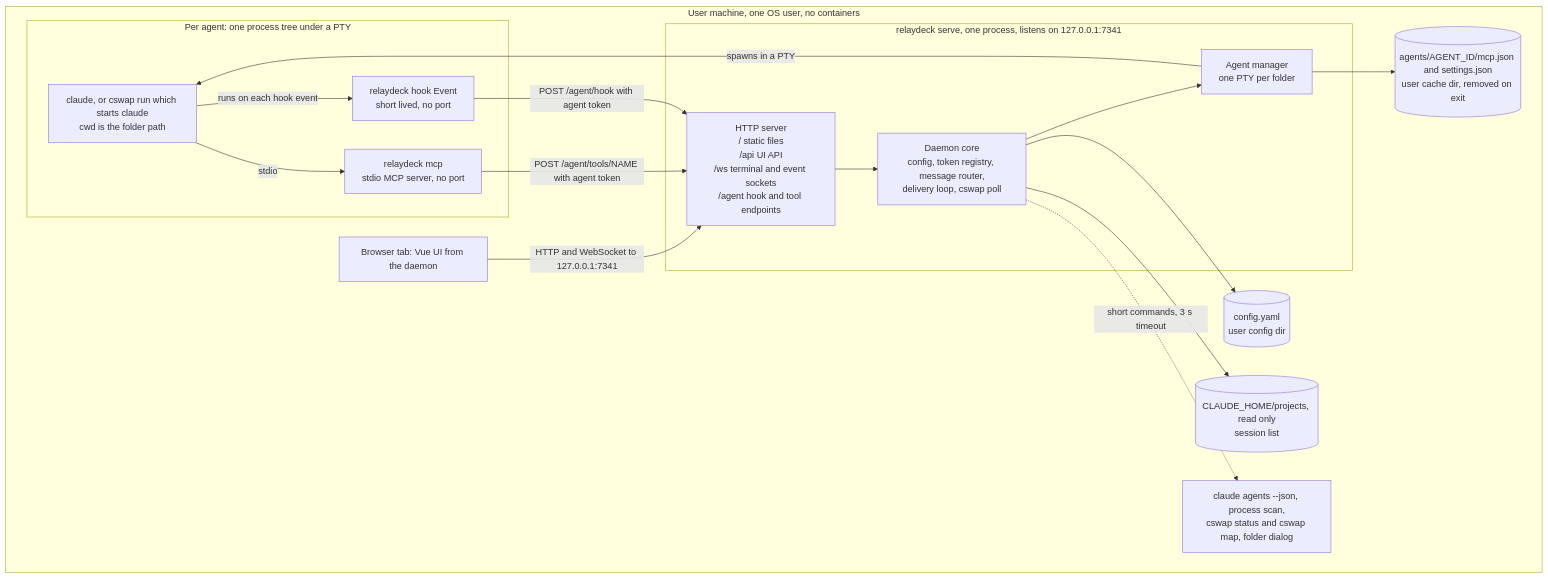
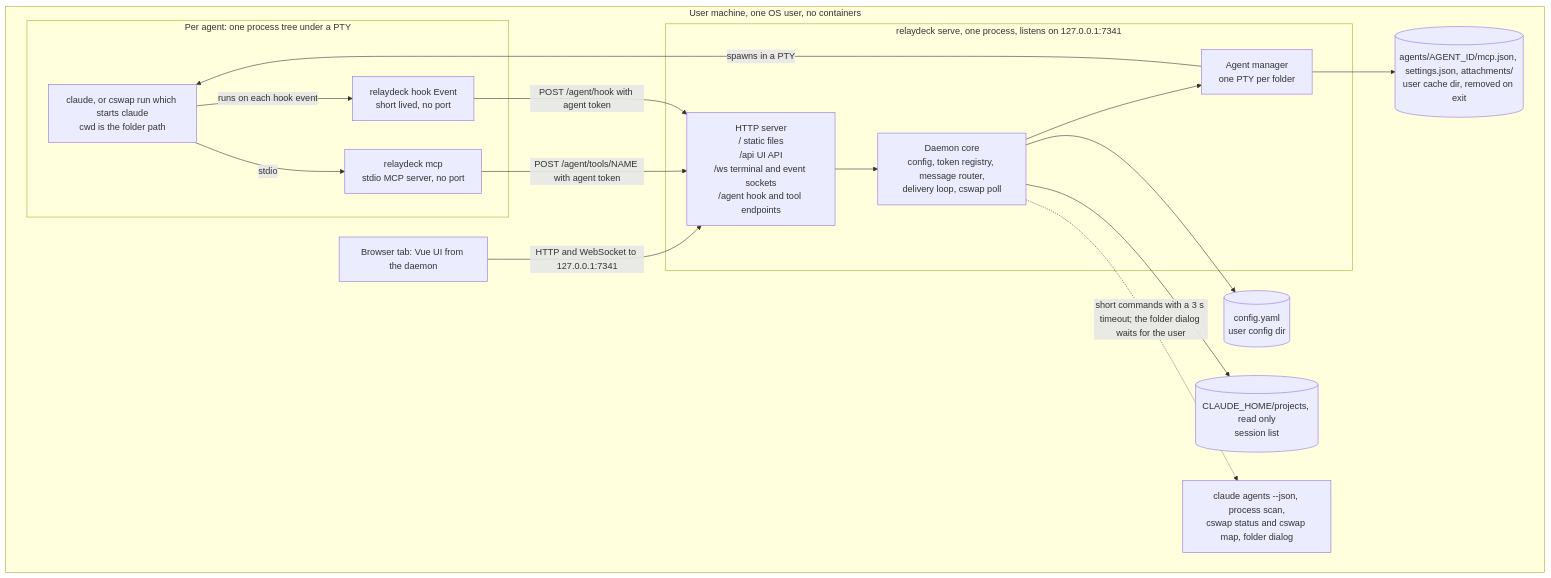
The first of 7 diagrams in docs/architecture.md (KarvinNanda/relaydeck), drawn with Mermaid before and after one commit. The commit also changed other lines of this file and 2 other files, not shown here.

First line of the commit message:
docs: match README, guide and architecture to the current code

````diff
--- a/docs/architecture.md
+++ b/docs/architecture.md
@@ -38,36 +38,36 @@
 ```mermaid
 flowchart TB
   subgraph host["User machine, one OS user, no containers"]
     browser["Browser tab: Vue UI from the daemon"]
 
     subgraph daemon["relaydeck serve, one process, listens on 127.0.0.1:7341"]
       http["HTTP server<br/>/ static files<br/>/api UI API<br/>/ws terminal and event sockets<br/>/agent hook and tool endpoints"]
       core["Daemon core<br/>config, token registry, message router,<br/>delivery loop, cswap poll"]
       mgr["Agent manager<br/>one PTY per folder"]
     end
 
     subgraph tree["Per agent: one process tree under a PTY"]
       claude["claude, or cswap run which starts claude<br/>cwd is the folder path"]
       mcp["relaydeck mcp<br/>stdio MCP server, no port"]
       hookp["relaydeck hook Event<br/>short lived, no port"]
     end
 
     cfg[("config.yaml<br/>user config dir")]
-    rt[("agents/AGENT_ID/mcp.json and settings.json<br/>user cache dir, removed on exit")]
+    rt[("agents/AGENT_ID/mcp.json, settings.json, attachments/<br/>user cache dir, removed on exit")]
     proj[("CLAUDE_HOME/projects, read only<br/>session list")]
     ext["claude agents --json, process scan,<br/>cswap status and cswap map, folder dialog"]
   end
 
   browser -->|"HTTP and WebSocket to 127.0.0.1:7341"| http
   http --> core
   core --> mgr
   mgr -->|"spawns in a PTY"| claude
   claude -->|"stdio"| mcp
   claude -->|"runs on each hook event"| hookp
   mcp -->|"POST /agent/tools/NAME with agent token"| http
   hookp -->|"POST /agent/hook with agent token"| http
   core --> cfg
   mgr --> rt
   core --> proj
-  core -.->|"short commands, 3 s timeout"| ext
+  core -.->|"short commands with a 3 s timeout; the folder dialog waits for the user"| ext
 ```
````
